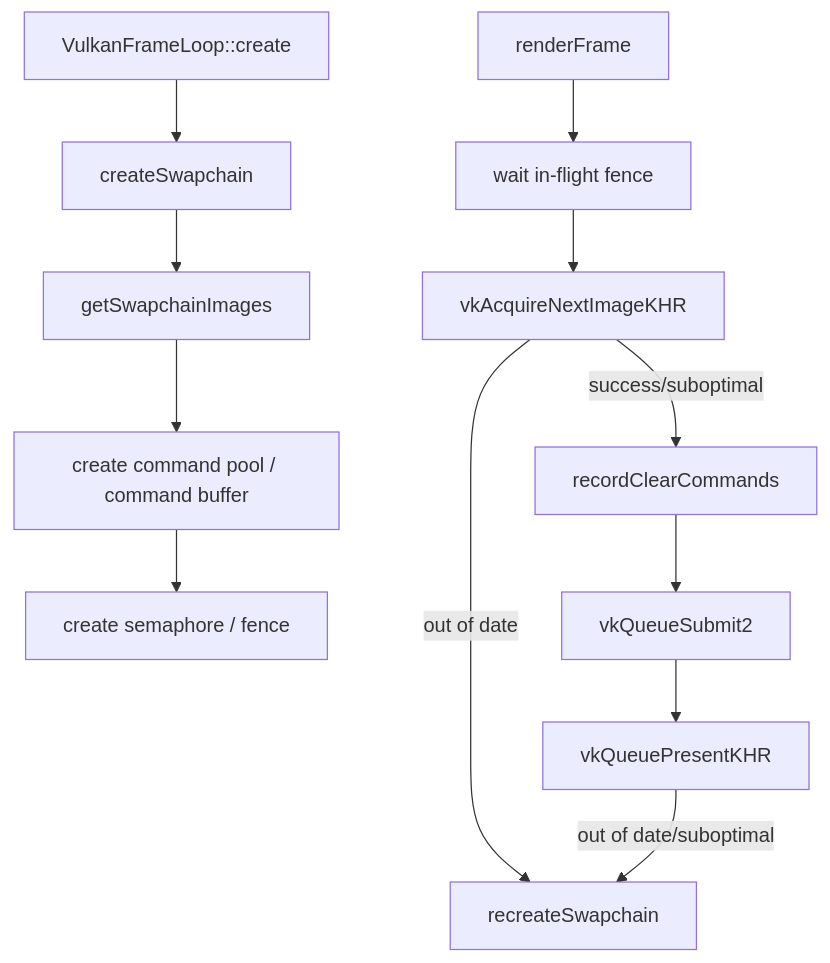
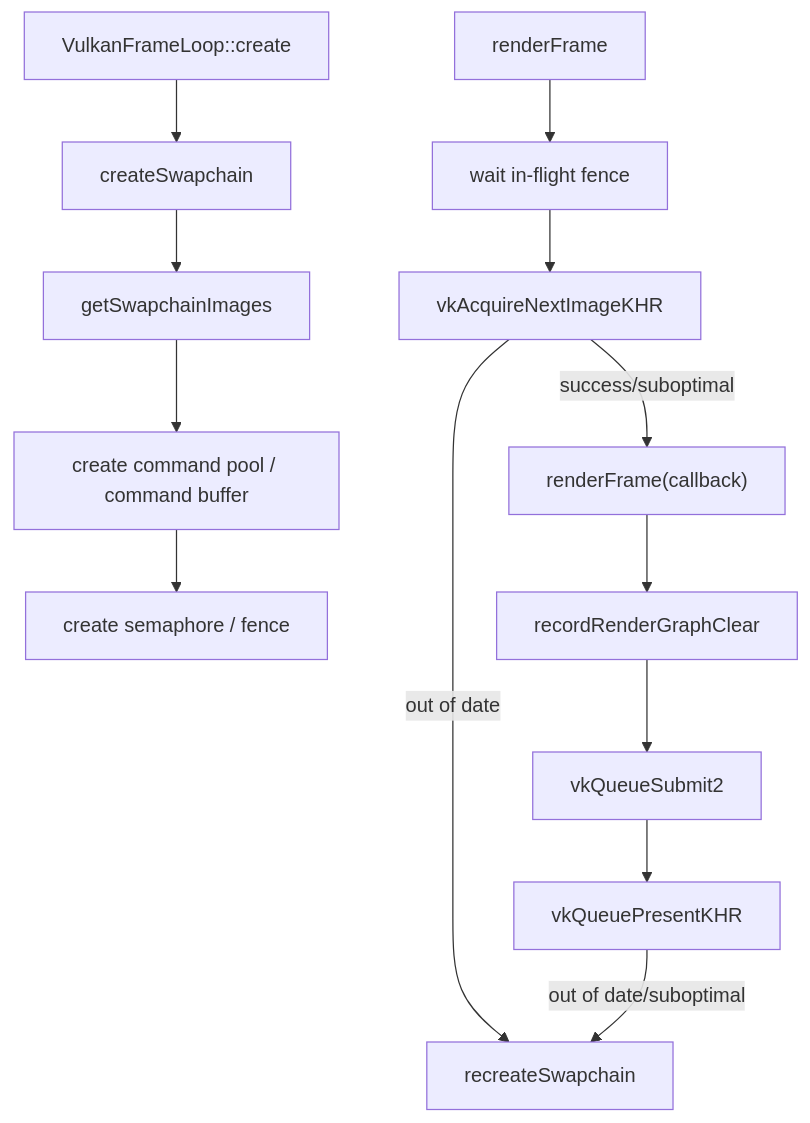
The third of 7 diagrams in docs/flow-architecture.md (66six11/Engine), drawn with Mermaid before and after one commit. The commit also changed other lines of this file and 4 other files, not shown here.

Commit message:
Route frame smoke through render graph callback

````diff
--- a/docs/flow-architecture.md
+++ b/docs/flow-architecture.md
@@ -89,21 +89,22 @@
 ```mermaid
 flowchart TD
     Create["VulkanFrameLoop::create"]
     Swapchain["createSwapchain"]
     Images["getSwapchainImages"]
     Cmd["create command pool / command buffer"]
     Sync["create semaphore / fence"]
     Render["renderFrame"]
     Wait["wait in-flight fence"]
     Acquire["vkAcquireNextImageKHR"]
-    Record["recordClearCommands"]
+    Record["renderFrame(callback)"]
+    GraphClear["recordRenderGraphClear"]
     Submit["vkQueueSubmit2"]
     Present["vkQueuePresentKHR"]
     Recreate["recreateSwapchain"]
 
     Create --> Swapchain --> Images --> Cmd --> Sync
     Render --> Wait --> Acquire
-    Acquire -->|success/suboptimal| Record --> Submit --> Present
+    Acquire -->|success/suboptimal| Record --> GraphClear --> Submit --> Present
     Acquire -->|out of date| Recreate
     Present -->|out of date/suboptimal| Recreate
 ```
````
